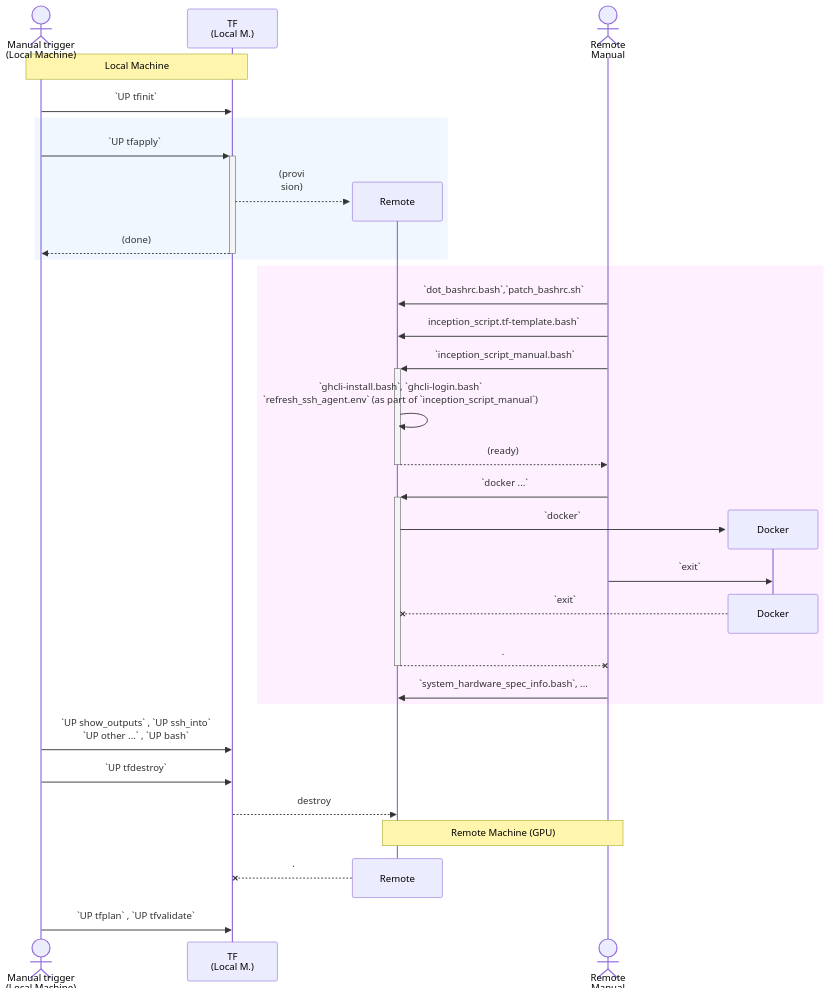
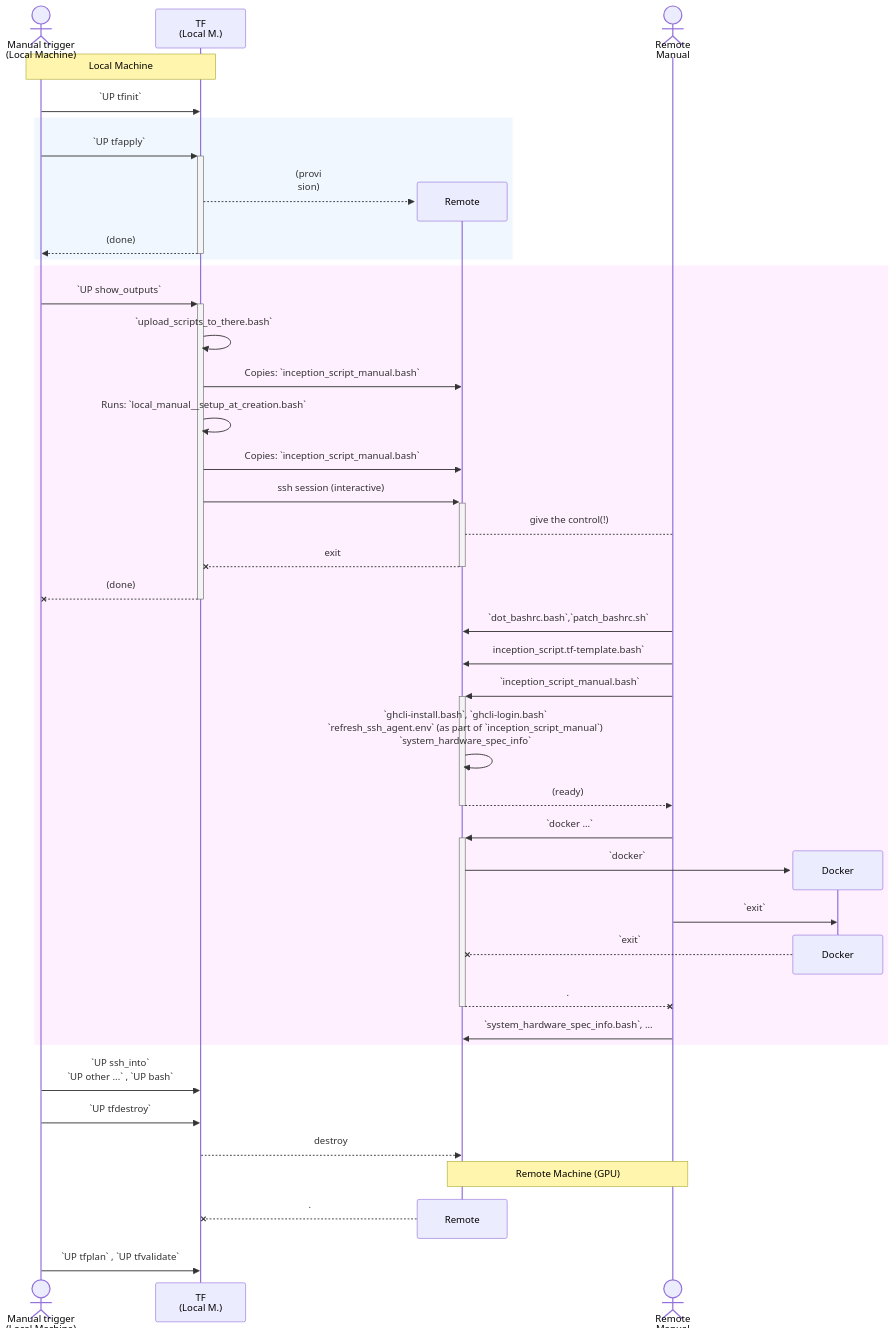
One commit to sohale/gpu-experimentations changed the diagram in provisioning_scripts/terraform/readme.md. Above: the diagram before and after it, drawn with Mermaid. The commit also changed other lines of this file and 2 other files, not shown here.

Commit message:
damn, new realistions. It did not work they way I thought it would. (I increase the bandwidth, and when I go and come back, There is a lot)

```diff
--- a/provisioning_scripts/terraform/readme.md
+++ b/provisioning_scripts/terraform/readme.md
@@ -31,6 +31,31 @@
     actor remotemanual as Remote<br/>Manual
 
 
+    %% out of nowhere (1)
+    localuser->>+localtf: `UP show_outputs`
+    %% localtf->>remotemachine: `upload_scripts_to_there.bash`<br/> (copies inception_script_manual.bash )
+    localtf->>localtf: `upload_scripts_to_there.bash`
+    localtf->>remotemachine: Copies: `inception_script_manual.bash`
+    localtf->>localtf: Runs: `local_manual__setup_at_creation.bash`
+    %% remotemachine->>remotemachine: runs: local_manual__setup_at_creation.bash
+    localtf->>remotemachine: Copies: `inception_script_manual.bash`
+    %% runs locally:
+    %%   local_manual__setup_at_creation.bash
+    %% uploads scripts:
+    %%   inception_script_manual.bash
+    %%   (not all?)
+    %% the main.tf copies:
+    %%    inception_script.tf-template.bash
+    %% not!!:
+    %% localtf--x-localuser: (ready)
+    localtf->>+remotemachine: ssh session (interactive)
+    remotemachine-->remotemanual: give the control(!)
+    remotemachine--x-localtf: exit
+    %%      ssh session end
+    localtf--x-localuser: (done)
+
+
+
     remotemanual->>remotemachine: `dot_bashrc.bash`,`patch_bashrc.sh`
     %% the `refresh_ssh_agent.env` is applied as part of `dot_bashrc.bash`, but also 
     %% remotemanual->>remotemachine: patch_bashrc.sh
@@ -45,7 +70,7 @@
 
     remotemanual->>+remotemachine: `inception_script_manual.bash`
 
-    remotemachine->>remotemachine: `ghcli-install.bash`, `ghcli-login.bash` <br/> `refresh_ssh_agent.env` (as part of `inception_script_manual`)
+    remotemachine->>remotemachine: `ghcli-install.bash`, `ghcli-login.bash` <br/> `refresh_ssh_agent.env` (as part of `inception_script_manual`)<br/> `system_hardware_spec_info`
     %% the `refresh_ssh_agent.env` is applied also at `dot_bashrc.bash`
     %% remotemachine->>remotemachine: `ghcli-login.bash`
     %% remotemachine->>remotemachine: `refresh_ssh_agent.env`
@@ -68,8 +93,10 @@
 
     end
 
-    %% out of nowhere
-    localuser->>localtf: `UP show_outputs` , `UP ssh_into` <br/> `UP other ...` , `UP bash`
+
+    %% out of nowhere (2)
+    localuser->>localtf: `UP ssh_into` <br/> `UP other ...` , `UP bash`
+
 
     localuser->>localtf: `UP tfdestroy`
     localtf-->>remotemachine: destroy
```
